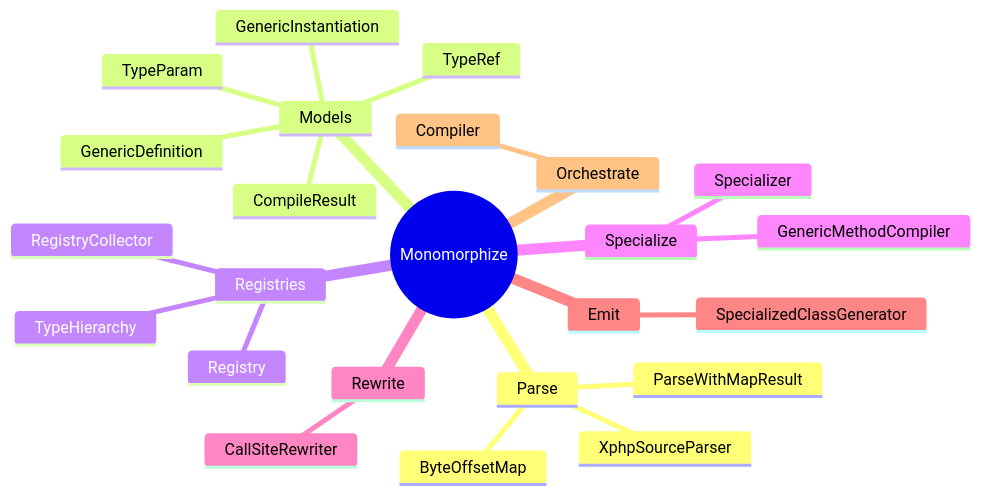
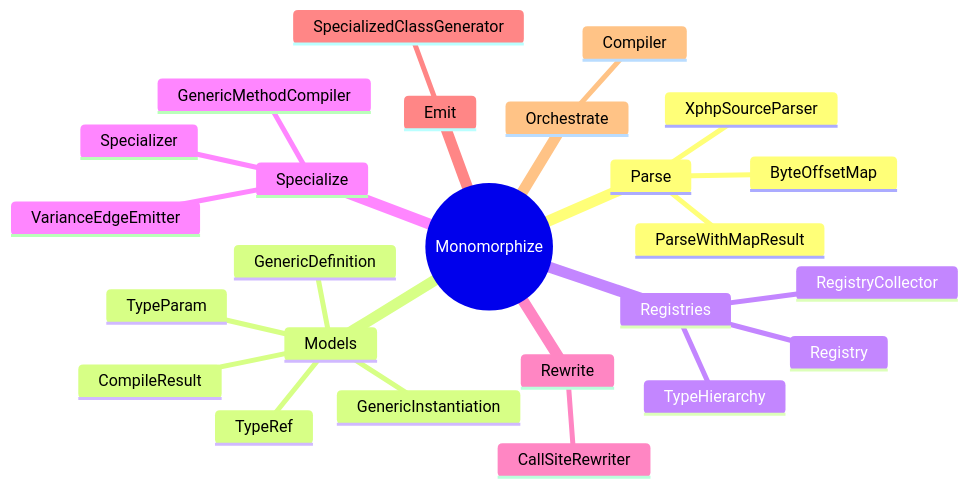
The fourth of 4 diagrams in docs/guides/how-it-works.md (xphp-lang/xphp), drawn with Mermaid before and after one commit. The commit also changed other lines of this file and 589 other files, not shown here.

````diff
--- a/docs/guides/how-it-works.md
+++ b/docs/guides/how-it-works.md
@@ -398,27 +206,28 @@
 ```mermaid
 mindmap
   root((Monomorphize))
     Parse
       XphpSourceParser
       ByteOffsetMap
       ParseWithMapResult
     Models
       TypeRef
       TypeParam
       GenericDefinition
       GenericInstantiation
       CompileResult
     Registries
       Registry
       RegistryCollector
       TypeHierarchy
     Specialize
       Specializer
       GenericMethodCompiler
+      VarianceEdgeEmitter
     Rewrite
       CallSiteRewriter
     Emit
       SpecializedClassGenerator
     Orchestrate
       Compiler
 ```
````
